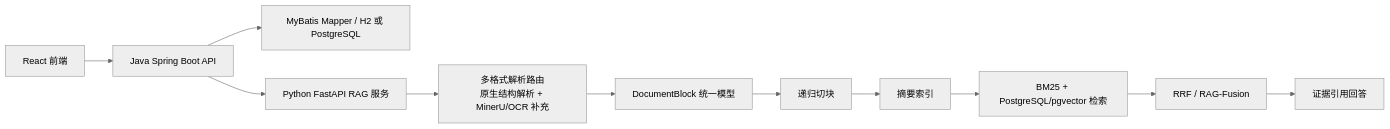
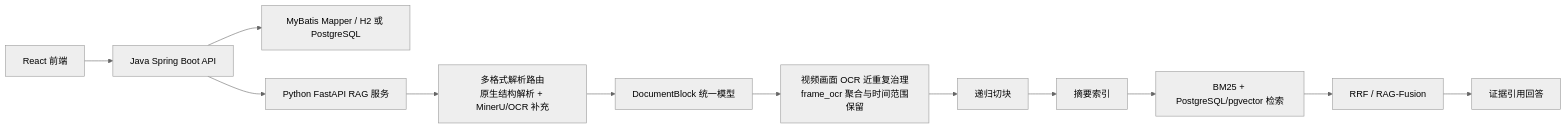
The diagram in docs/architecture/rag-architecture.md (HeWhenJay/Multimodal-RAG-Agent-Learning-Evidence-Platform), drawn with Mermaid (neutral theme) before and after one commit. The commit also changed other lines of this file and 34 other files, not shown here.

````diff
--- a/docs/architecture/rag-architecture.md
+++ b/docs/architecture/rag-architecture.md
@@ -7,13 +7,14 @@
 ```mermaid
 flowchart LR
     A["React 前端"] --> B["Java Spring Boot API"]
     B --> C["MyBatis Mapper / H2 或 PostgreSQL"]
     B --> D["Python FastAPI RAG 服务"]
     D --> E["多格式解析路由<br/>原生结构解析 + MinerU/OCR 补充"]
     E --> F["DocumentBlock 统一模型"]
-    F --> G["递归切块"]
+    F --> V["视频画面 OCR 近重复治理<br/>frame_ocr 聚合与时间范围保留"]
+    V --> G["递归切块"]
     G --> H["摘要索引"]
     H --> I["BM25 + PostgreSQL/pgvector 检索"]
     I --> J["RRF / RAG-Fusion"]
     J --> K["证据引用回答"]
 ```
````
